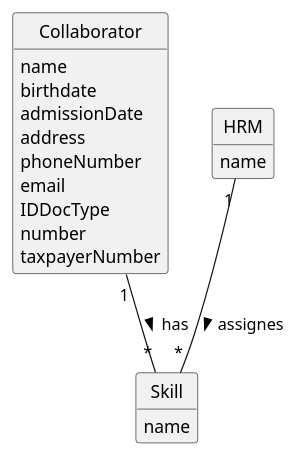
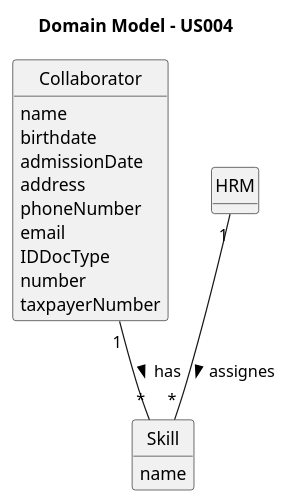
Before and after one commit to Departamento-de-Engenharia-Informatica/lei-24-s2-1dm-g132: the diagram in docs/sprintA/us004/02.analysis/puml/us004-domain-model.puml, drawn with PlantUML.

Commit message:
US004 update domain model

```diff
--- a/docs/sprintA/us004/02.analysis/puml/us004-domain-model.puml
+++ b/docs/sprintA/us004/02.analysis/puml/us004-domain-model.puml
@@ -1,42 +1,37 @@
 @startuml
 skinparam monochrome true
 skinparam packageStyle rectangle
 skinparam shadowing false
 
 'left to right direction
 
 skinparam classAttributeIconSize 0
 
 hide circle
 hide methods
 
-'title Domain Model
-
-'class Platform {
-'  -description
-'}
+title Domain Model - US004
 
 class Collaborator {
     name
     birthdate
     admissionDate
     address
     phoneNumber
     email
     IDDocType
     number
     taxpayerNumber
 }
 
 class Skill {
     name
 }
 
 class HRM {
-    name
 }
 
 
 Collaborator "1" -- "*" Skill : has >
 HRM "1" -- "*" Skill : assignes >
 @enduml
```
